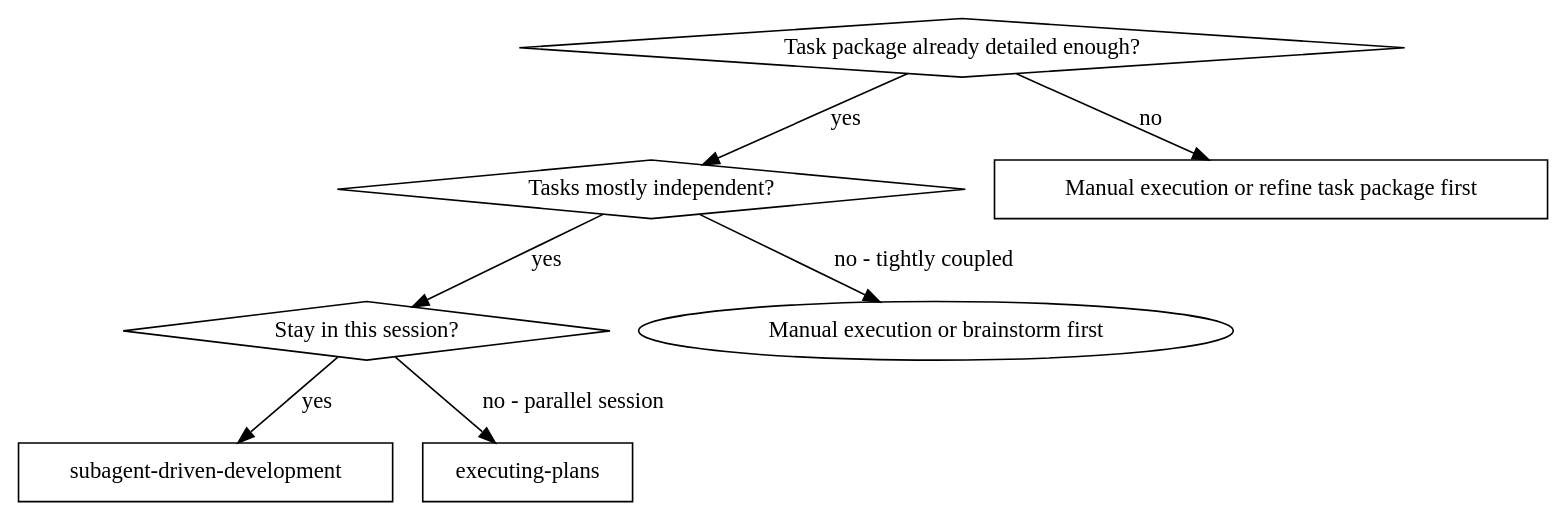
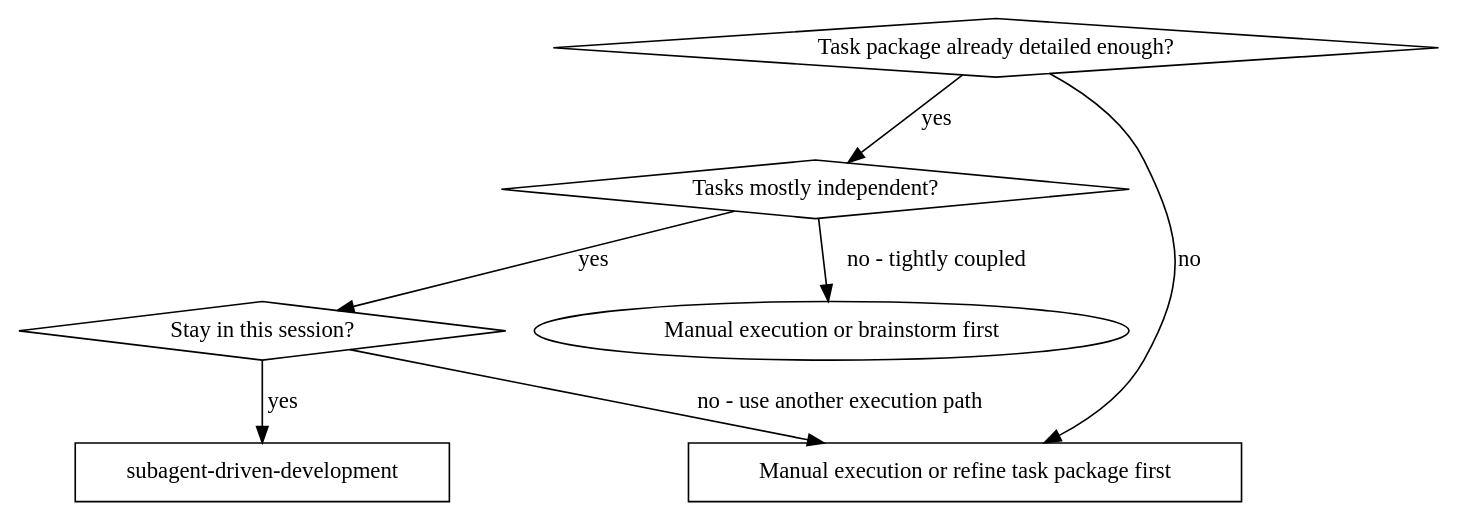
Before and after one commit to Krual-T/OpenHarness: the first of 2 diagrams in skills/subagent-driven-development/SKILL.md, drawn with Graphviz. The commit also changed other lines of this file and 26 other files, not shown here.

````diff
--- a/skills/subagent-driven-development/SKILL.md
+++ b/skills/subagent-driven-development/SKILL.md
@@ -16,17 +16,16 @@
 ```dot
 digraph when_to_use {
     "Task package already detailed enough?" [shape=diamond];
     "Tasks mostly independent?" [shape=diamond];
     "Stay in this session?" [shape=diamond];
     "subagent-driven-development" [shape=box];
-    "executing-plans" [shape=box];
     "Manual execution or refine task package first" [shape=box];
 
     "Task package already detailed enough?" -> "Tasks mostly independent?" [label="yes"];
     "Task package already detailed enough?" -> "Manual execution or refine task package first" [label="no"];
     "Tasks mostly independent?" -> "Stay in this session?" [label="yes"];
     "Tasks mostly independent?" -> "Manual execution or brainstorm first" [label="no - tightly coupled"];
     "Stay in this session?" -> "subagent-driven-development" [label="yes"];
-    "Stay in this session?" -> "executing-plans" [label="no - parallel session"];
+    "Stay in this session?" -> "Manual execution or refine task package first" [label="no - use another execution path"];
 }
 ```
````
